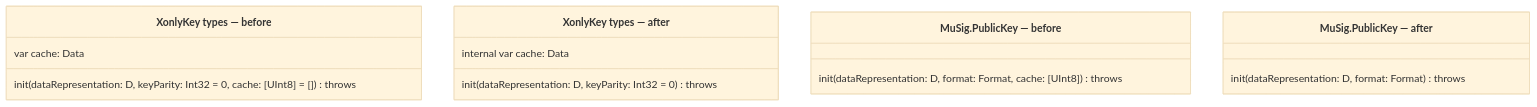
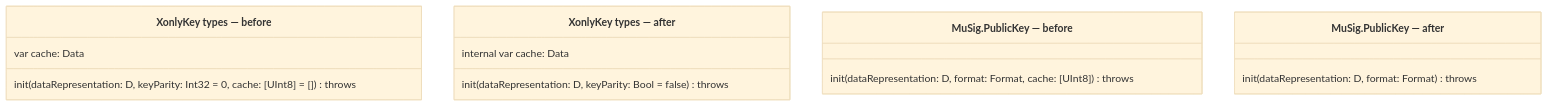
One commit to 21-DOT-DEV/swift-secp256k1 changed the third of 8 diagrams in Development/Specs/004-audit-hardening/plan.md. Above: the diagram before and after it, drawn with Mermaid (base theme). The commit also changed other lines of this file and 10 other files, not shown here.

````diff
--- a/Development/Specs/004-audit-hardening/plan.md
+++ b/Development/Specs/004-audit-hardening/plan.md
@@ -372,17 +386,17 @@
 ```mermaid
 classDiagram
     class `XonlyKey types — before` {
         init(dataRepresentation: D, keyParity: Int32 = 0, cache: [UInt8] = []) throws
         var cache: Data
     }
     class `XonlyKey types — after` {
-        init(dataRepresentation: D, keyParity: Int32 = 0) throws
+        init(dataRepresentation: D, keyParity: Bool = false) throws
         internal var cache: Data
     }
     class `MuSig.PublicKey — before` {
         init(dataRepresentation: D, format: Format, cache: [UInt8]) throws
     }
     class `MuSig.PublicKey — after` {
         init(dataRepresentation: D, format: Format) throws
     }
 ```
````
